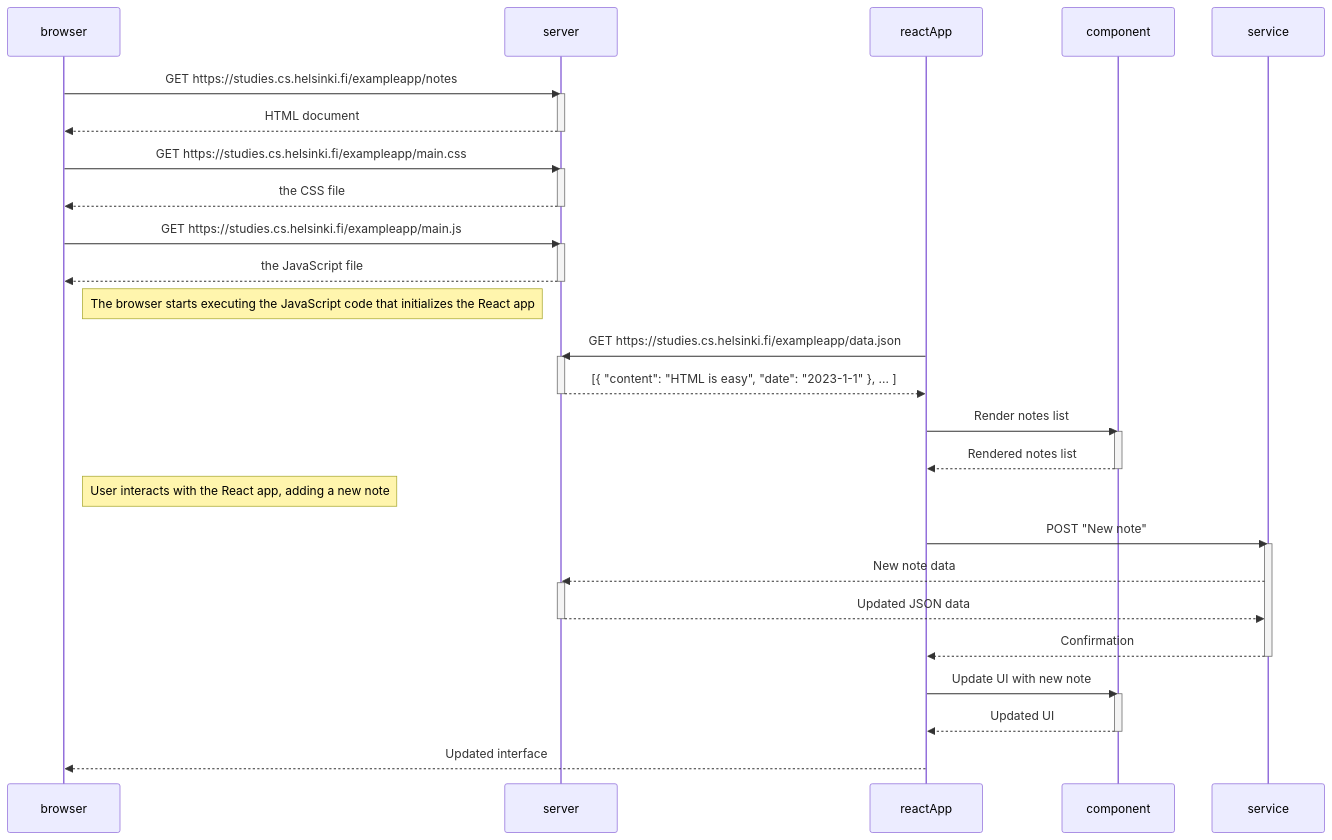
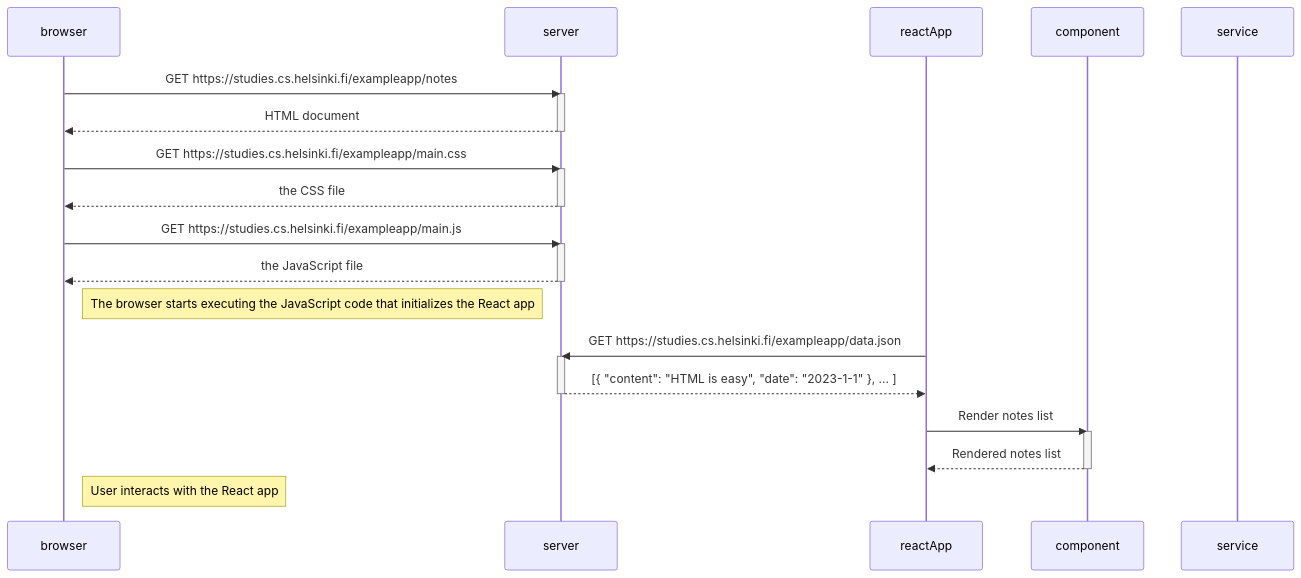
The diagram in part0/exercise_5.md (Raulm2x/full-stack-open2023), drawn with Mermaid before and after one commit. The commit also changed other lines of this file and 1 other file, not shown here.

Commit message:
0.6 Exercise

````diff
--- a/part0/exercise_5.md
+++ b/part0/exercise_5.md
@@ -3,55 +3,37 @@
 ```mermaid
-sequenceDiagram
-  participant browser
-  participant server
-  participant reactApp
-  participant component
-  participant service
+    sequenceDiagram
+    participant browser
+    participant server
+    participant reactApp
+    participant component
+    participant service
 
-  browser->>server: GET https://studies.cs.helsinki.fi/exampleapp/notes
-  activate server
-  server-->>browser: HTML document
-  deactivate server
+    browser->>server: GET https://studies.cs.helsinki.fi/exampleapp/notes
+    activate server
+    server-->>browser: HTML document
+    deactivate server
 
-  browser->>server: GET https://studies.cs.helsinki.fi/exampleapp/main.css
-  activate server
-  server-->>browser: the CSS file
-  deactivate server
+    browser->>server: GET https://studies.cs.helsinki.fi/exampleapp/main.css
+    activate server
+    server-->>browser: the CSS file
+    deactivate server
 
-  browser->>server: GET https://studies.cs.helsinki.fi/exampleapp/main.js
-  activate server
-  server-->>browser: the JavaScript file
-  deactivate server
+    browser->>server: GET https://studies.cs.helsinki.fi/exampleapp/main.js
+    activate server
+    server-->>browser: the JavaScript file
+    deactivate server
 
-  Note right of browser: The browser starts executing the JavaScript code that initializes the React app
+    Note right of browser: The browser starts executing the JavaScript code that initializes the React app
 
-  reactApp->>server: GET https://studies.cs.helsinki.fi/exampleapp/data.json
-  activate server
-  server-->>reactApp: [{ "content": "HTML is easy", "date": "2023-1-1" }, ... ]
-  deactivate server
+    reactApp->>server: GET https://studies.cs.helsinki.fi/exampleapp/data.json
+    activate server
+    server-->>reactApp: [{ "content": "HTML is easy", "date": "2023-1-1" }, ... ]
+    deactivate server
 
-  reactApp->>component: Render notes list
-  activate component
-  component-->>reactApp: Rendered notes list
-  deactivate component
+    reactApp->>component: Render notes list
+    activate component
+    component-->>reactApp: Rendered notes list
+    deactivate component
 
-  Note right of browser: User interacts with the React app, adding a new note
-
-  reactApp->>service: POST "New note"
-  activate service
-  service-->>server: New note data
-  activate server
-  server-->>service: Updated JSON data
-  deactivate server
-  service-->>reactApp: Confirmation
-  deactivate service
-
-  reactApp->>component: Update UI with new note
-  activate component
-  component-->>reactApp: Updated UI
-  deactivate component
-
-  reactApp-->>browser: Updated interface
-
-
+    Note right of browser: User interacts with the React app
 ```
````
